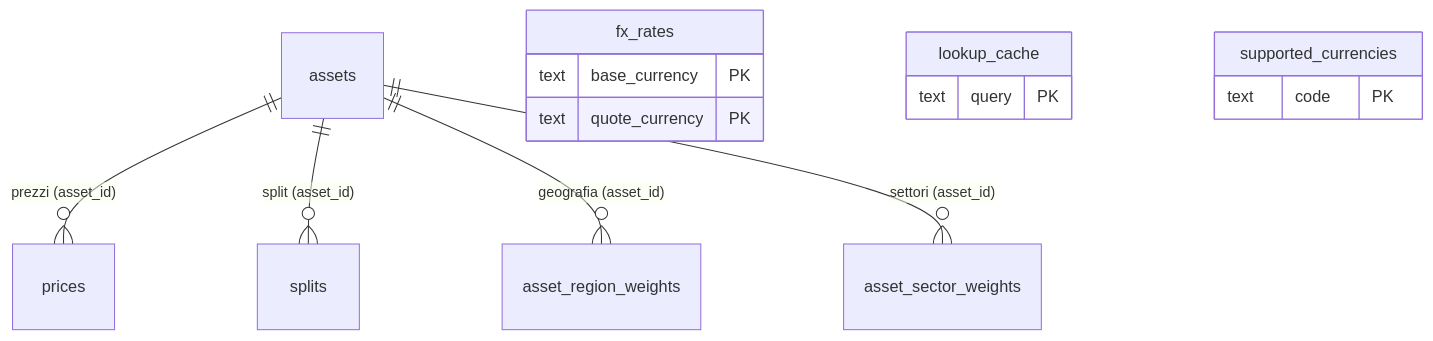
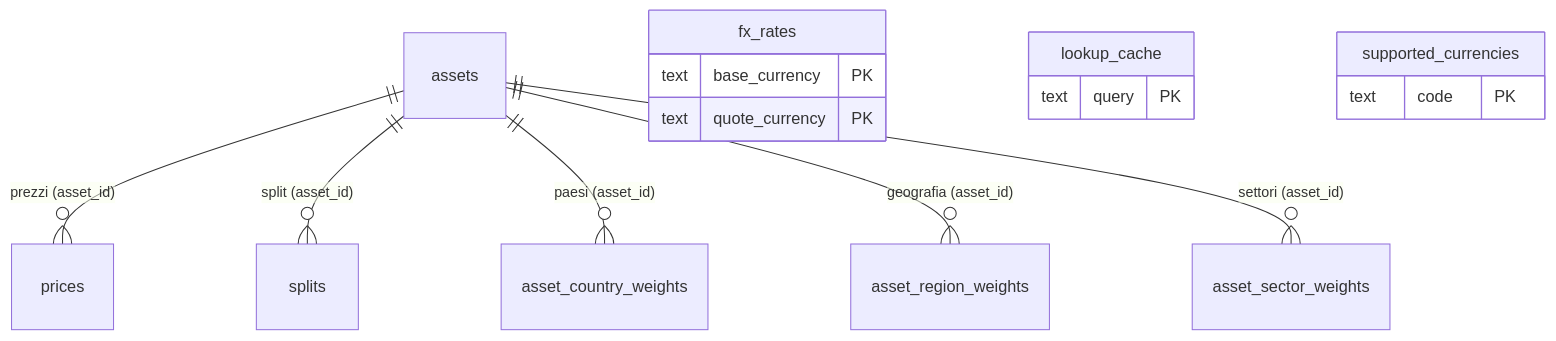
One commit to alv67/vault-lab changed the second of 2 diagrams in docs/DATABASE-GUIDE.it.md. Above: the diagram before and after it, drawn with Mermaid. The commit also changed other lines of this file and 30 other files, not shown here.

````diff
--- a/docs/DATABASE-GUIDE.it.md
+++ b/docs/DATABASE-GUIDE.it.md
@@ -100,18 +100,19 @@
 ```mermaid
 erDiagram
     assets ||--o{ prices : "prezzi (asset_id)"
     assets ||--o{ splits : "split (asset_id)"
+    assets ||--o{ asset_country_weights : "paesi (asset_id)"
     assets ||--o{ asset_region_weights : "geografia (asset_id)"
     assets ||--o{ asset_sector_weights : "settori (asset_id)"
 
     fx_rates {
         text base_currency PK
         text quote_currency PK
     }
     lookup_cache {
         text query PK
     }
     supported_currencies {
         text code PK
     }
 ```
````
